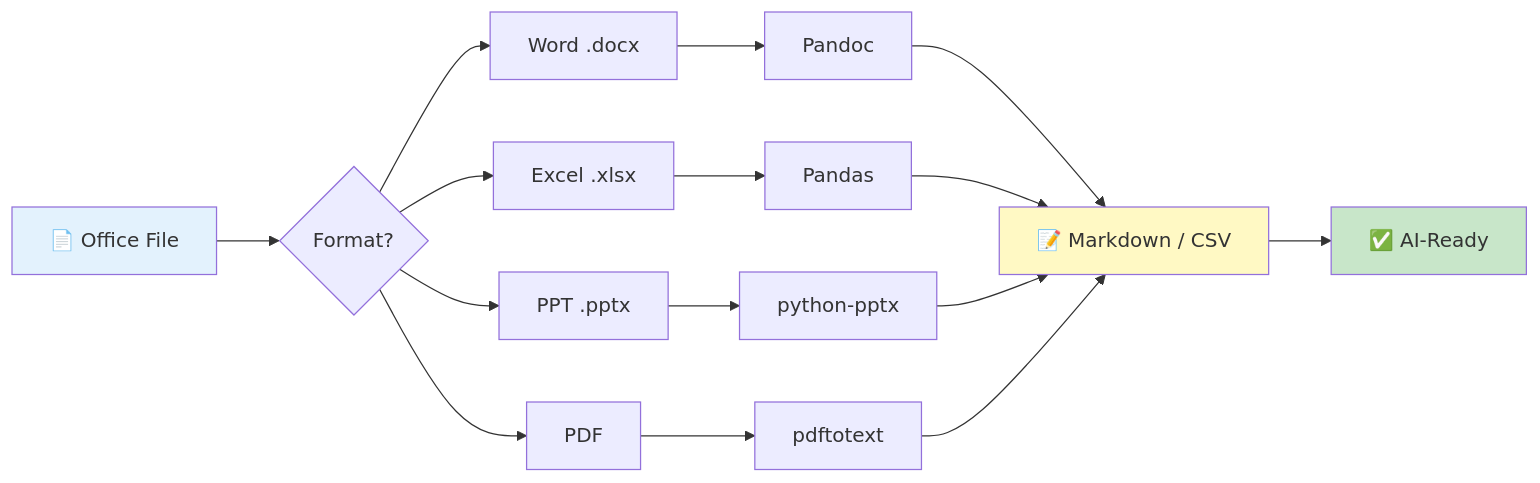
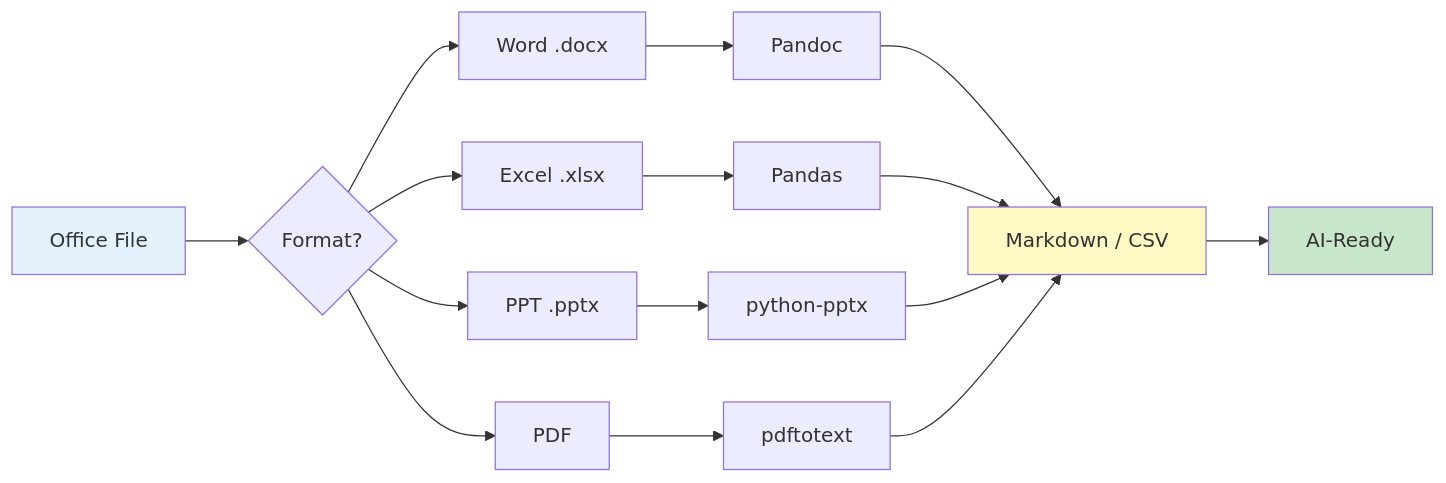
Before and after one commit to justinsz/ProPrompt: the third of 4 diagrams in office_en.md, drawn with Mermaid. The commit also changed other lines of this file and 11 other files, not shown here.

````diff
--- a/office_en.md
+++ b/office_en.md
@@ -310,20 +310,20 @@
 ```mermaid
 flowchart LR
-    A[📄 Office File] --> B{Format?}
+    A[Office File] --> B{Format?}
     B --> C[Word .docx]
     B --> D[Excel .xlsx]
     B --> E[PPT .pptx]
     B --> F[PDF]
-    
+
     C --> G[Pandoc]
     D --> H[Pandas]
     E --> I[python-pptx]
     F --> J[pdftotext]
-    
-    G & H & I & J --> K[📝 Markdown / CSV]
-    K --> L[✅ AI-Ready]
-    
+
+    G & H & I & J --> K[Markdown / CSV]
+    K --> L[AI-Ready]
+
     style A fill:#e3f2fd
     style K fill:#fff9c4
     style L fill:#c8e6c9
 ```
````
